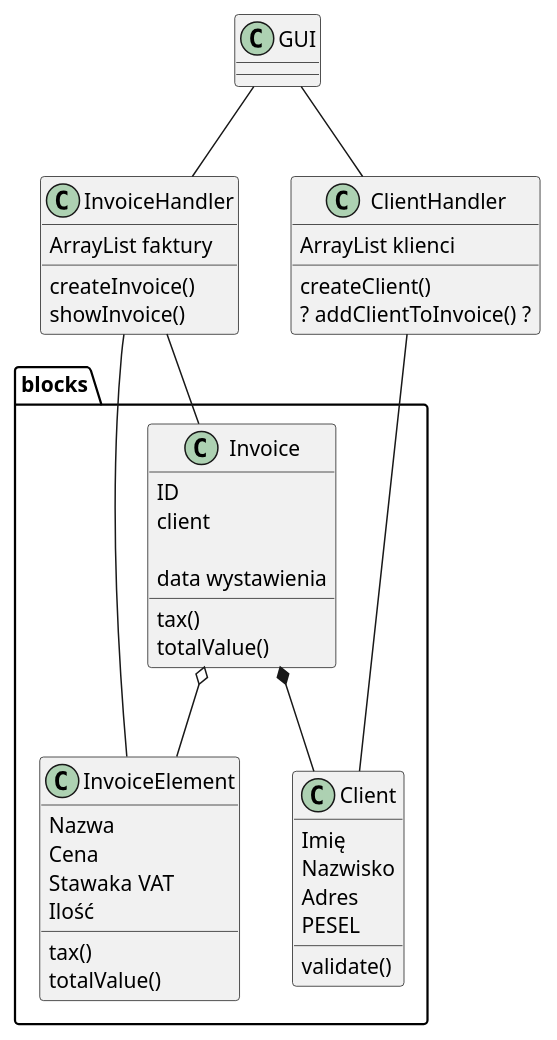
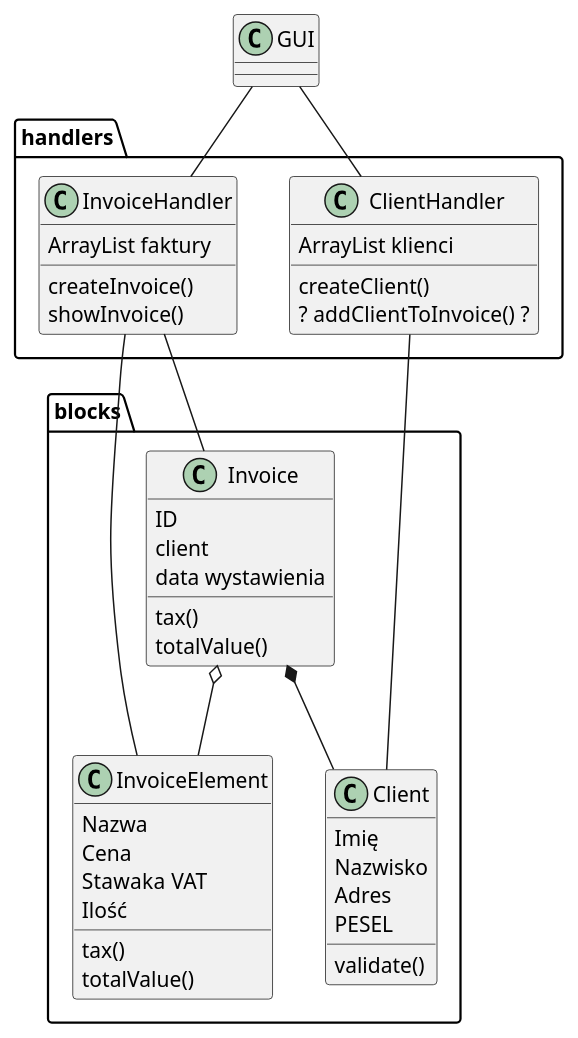
Before and after one commit to Fermento99/TP: the diagram in faktura/UML/class.puml, drawn with PlantUML.

Commit message:
added packages

```diff
--- a/faktura/UML/class.puml
+++ b/faktura/UML/class.puml
@@ -1,54 +1,53 @@
 @startuml
 
 class blocks.Invoice {
     ID
     client
-
     data wystawienia
     tax()
     totalValue()
 }
 
 class blocks.Client {
     Imię
     Nazwisko
     Adres
     PESEL
     validate()
 }
 
 class blocks.InvoiceElement{
     Nazwa
     Cena
     Stawaka VAT
     Ilość
     tax()
     totalValue()
 }
 
-class InvoiceHandler{
+class handlers.InvoiceHandler{
     ArrayList faktury
     createInvoice()
     showInvoice()
 }
 
-class ClientHandler{
+class handlers.ClientHandler{
     ArrayList klienci
     createClient()
     ? addClientToInvoice() ?
 }
 
 class GUI {
 
 }
 
 
-GUI -- ClientHandler
-GUI -- InvoiceHandler
+GUI -- handlers.ClientHandler
+GUI -- handlers.InvoiceHandler
 blocks.Invoice *-- blocks.Client
 blocks.Invoice o-- blocks.InvoiceElement
-InvoiceHandler -- blocks.Invoice
-InvoiceHandler - blocks.InvoiceElement
-ClientHandler --- blocks.Client
+handlers.InvoiceHandler -- blocks.Invoice
+handlers.InvoiceHandler - blocks.InvoiceElement
+handlers.ClientHandler --- blocks.Client
 
 @enduml
```
